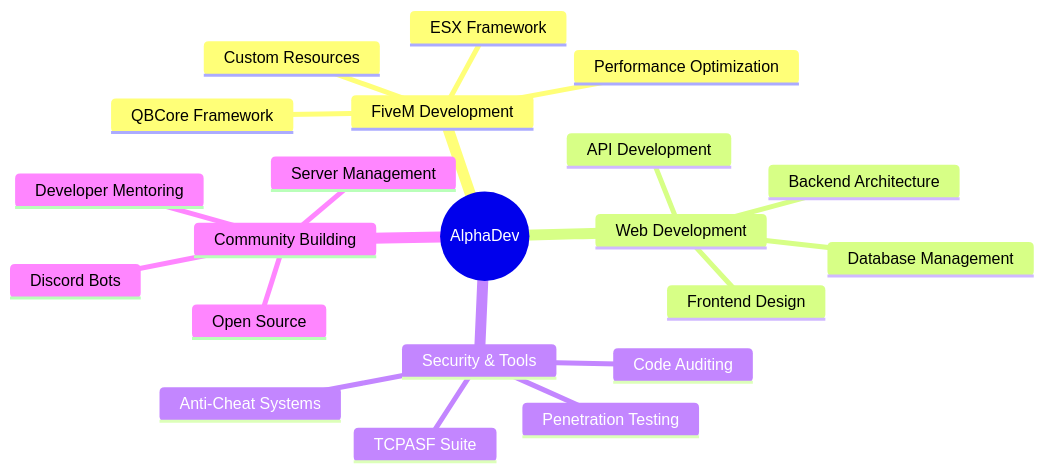
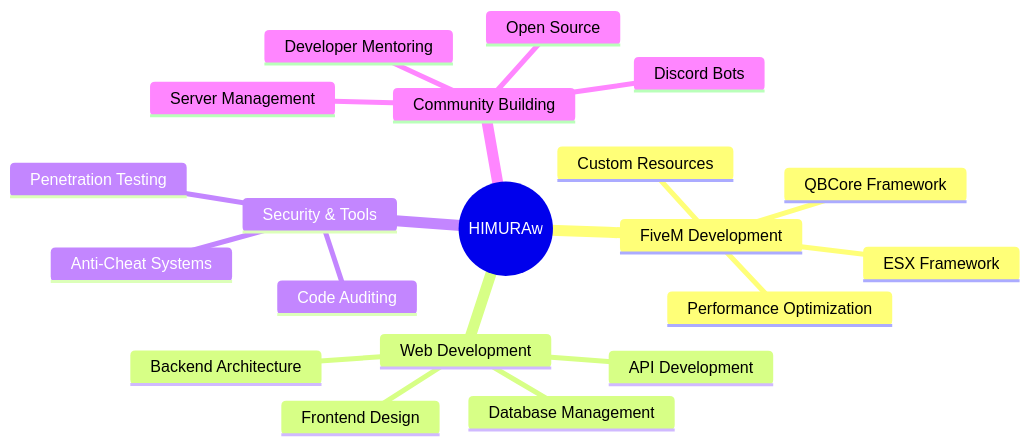
The diagram in README.md (HIMURAw/HIMURAw), drawn with Mermaid before and after one commit.

````diff
--- a/README.md
+++ b/README.md
@@ -131,24 +131,23 @@
 ```mermaid
 mindmap
-  root((AlphaDev))
+  root((HIMURAw))
     FiveM Development
       QBCore Framework
       ESX Framework  
       Custom Resources
       Performance Optimization
     Web Development
       Frontend Design
       Backend Architecture
       API Development
       Database Management
     Security & Tools
-      TCPASF Suite
       Anti-Cheat Systems
       Penetration Testing
       Code Auditing
     Community Building
       Discord Bots
       Server Management
       Developer Mentoring
       Open Source
 ```
````
